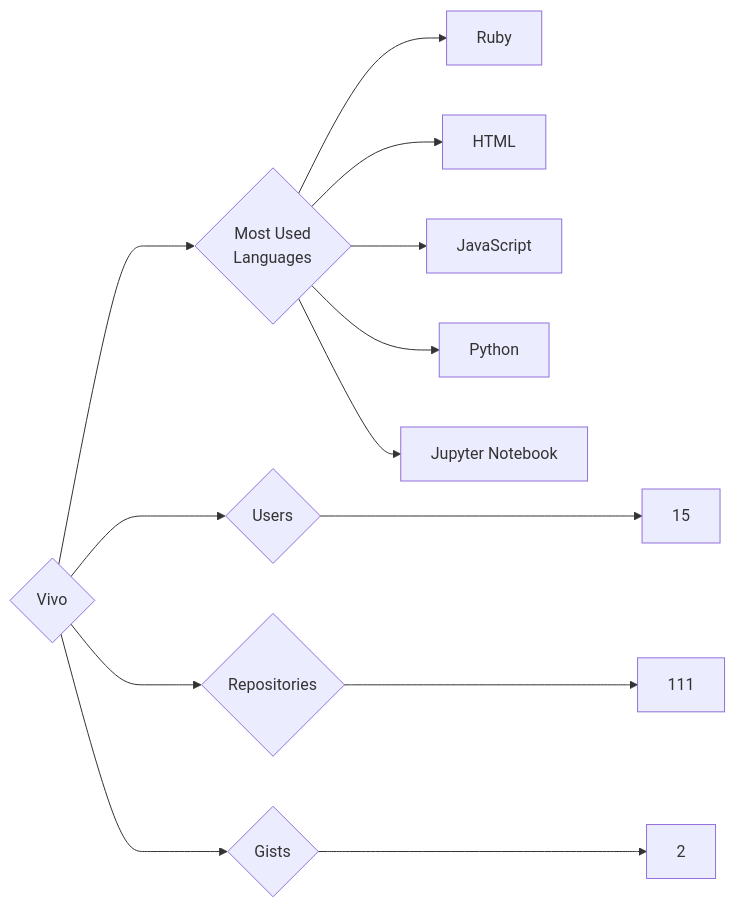
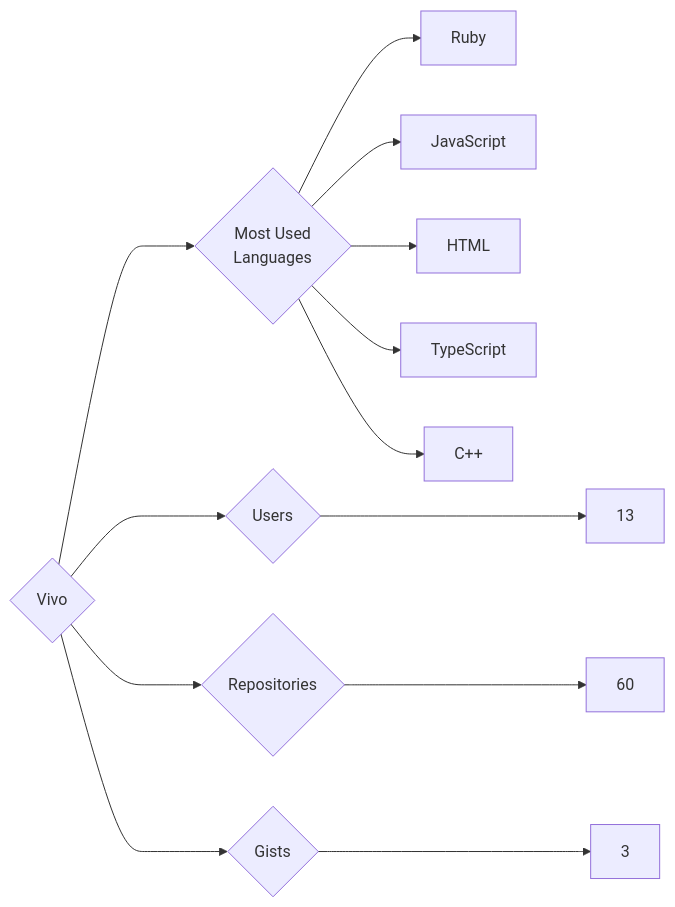
Before and after one commit to trickest/insiders: the diagram in targets/Vivo/README.md, drawn with Mermaid. The commit also changed 955 other files, not shown here.

````diff
--- a/targets/Vivo/README.md
+++ b/targets/Vivo/README.md
@@ -3,13 +3,13 @@
 ```mermaid
 graph LR
 COMPANY_NAME{Vivo}
-COMPANY_NAME ---> U{Users} ---> UN[15]
-COMPANY_NAME ---> R{Repositories} ---> RN[111]
-COMPANY_NAME ---> G{Gists} ---> GN[2]
+COMPANY_NAME ---> U{Users} ---> UN[13]
+COMPANY_NAME ---> R{Repositories} ---> RN[60]
+COMPANY_NAME ---> G{Gists} ---> GN[3]
 COMPANY_NAME ---> ML{Most Used<br>Languages}
 ML --> Ruby[Ruby]
+ML --> JavaScript[JavaScript]
 ML --> HTML[HTML]
-ML --> JavaScript[JavaScript]
-ML --> Python[Python]
-ML --> Jupyter_Notebook[Jupyter Notebook]
+ML --> TypeScript[TypeScript]
+ML --> C++[C++]
 ```
````
